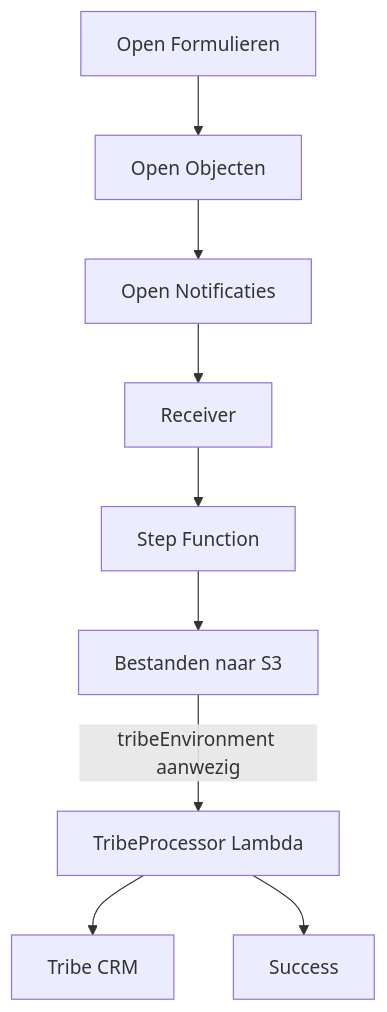
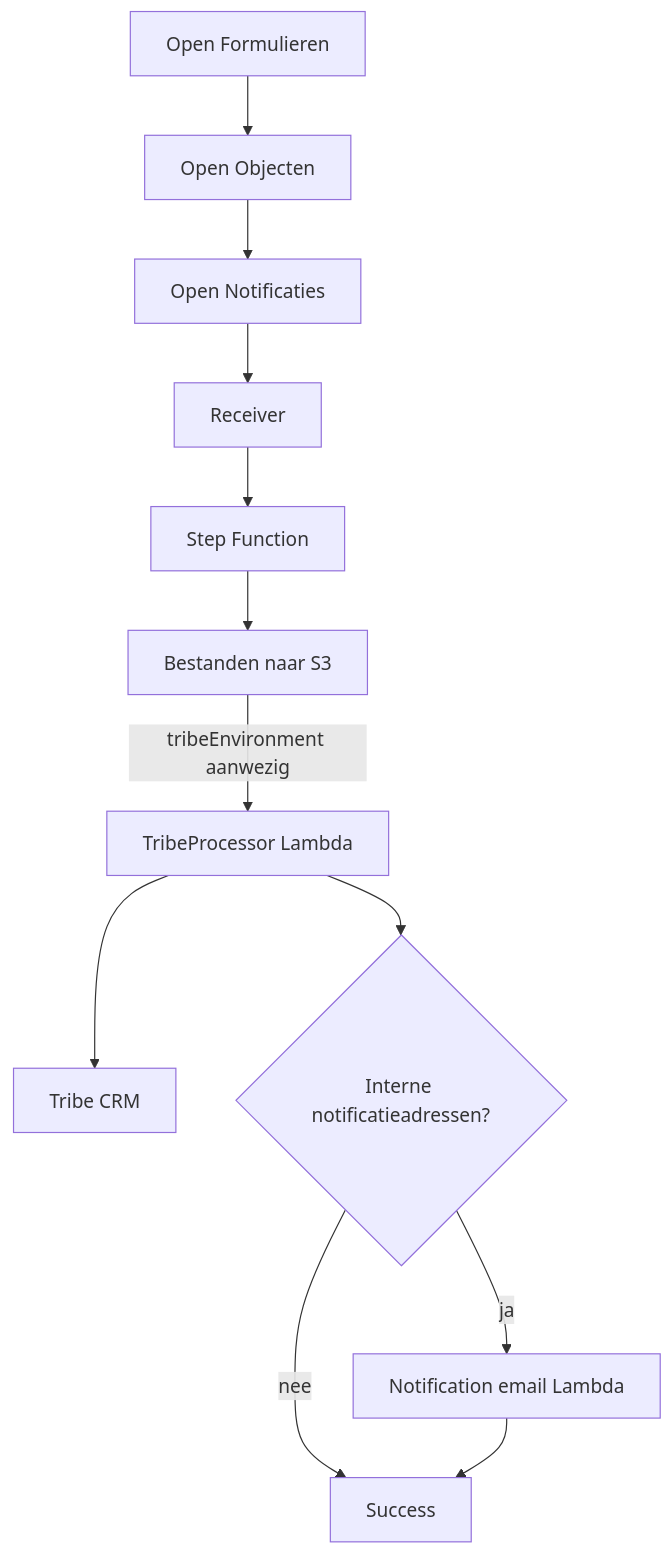
The diagram in docs/Tribe/README.md (GemeenteNijmegen/open-forms), drawn with Mermaid before and after one commit. The commit also changed other lines of this file and 4 other files, not shown here.

````diff
--- a/docs/Tribe/README.md
+++ b/docs/Tribe/README.md
@@ -10,11 +10,14 @@
 ```mermaid
 flowchart TD
     OF[Open Formulieren] --> OO[Open Objecten]
     OO --> ON[Open Notificaties]
     ON --> R[Receiver]
     R --> SF[Step Function]
     SF --> S3[Bestanden naar S3]
     S3 -->|tribeEnvironment aanwezig| TP[TribeProcessor Lambda]
     TP --> T[Tribe CRM]
-    TP --> OK[Success]
+    TP --> NC{Interne notificatieadressen?}
+    NC -->|ja| NM[Notification email Lambda]
+    NC -->|nee| OK[Success]
+    NM --> OK
 ```
````
